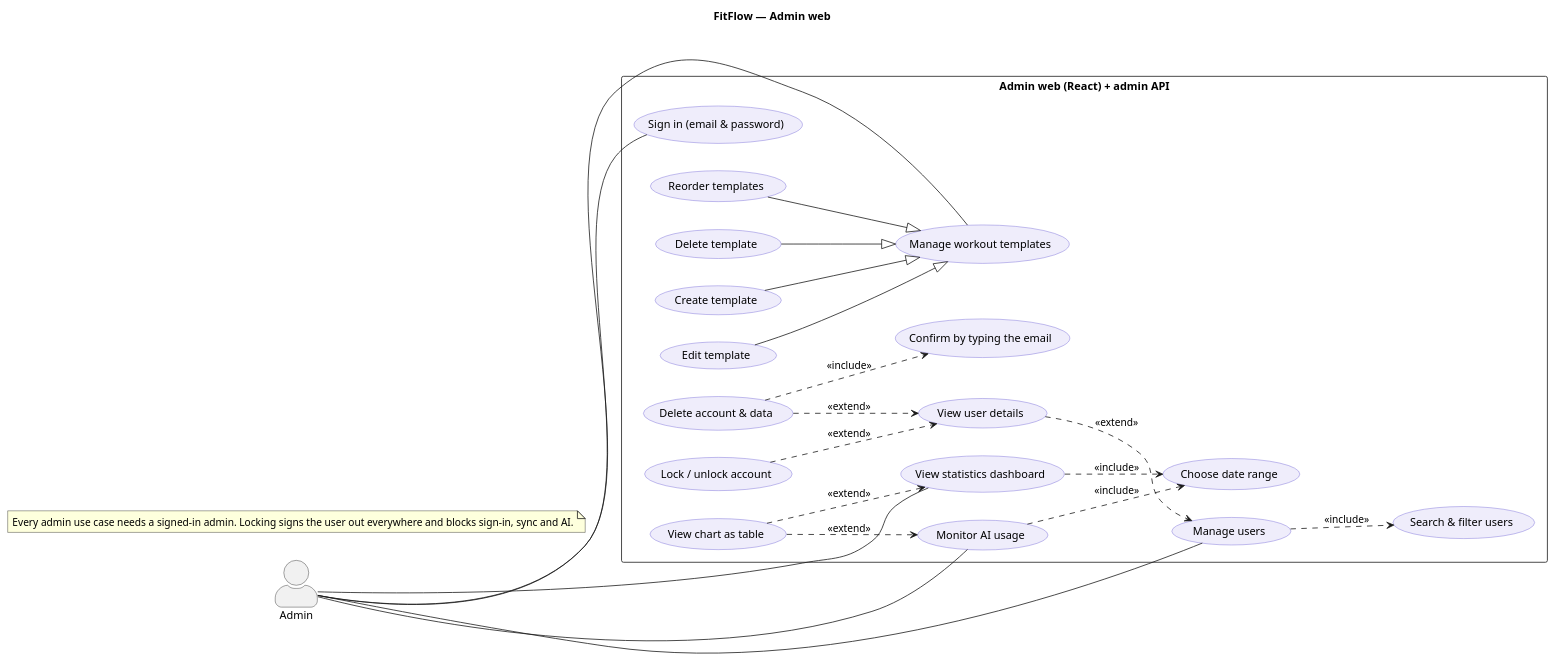
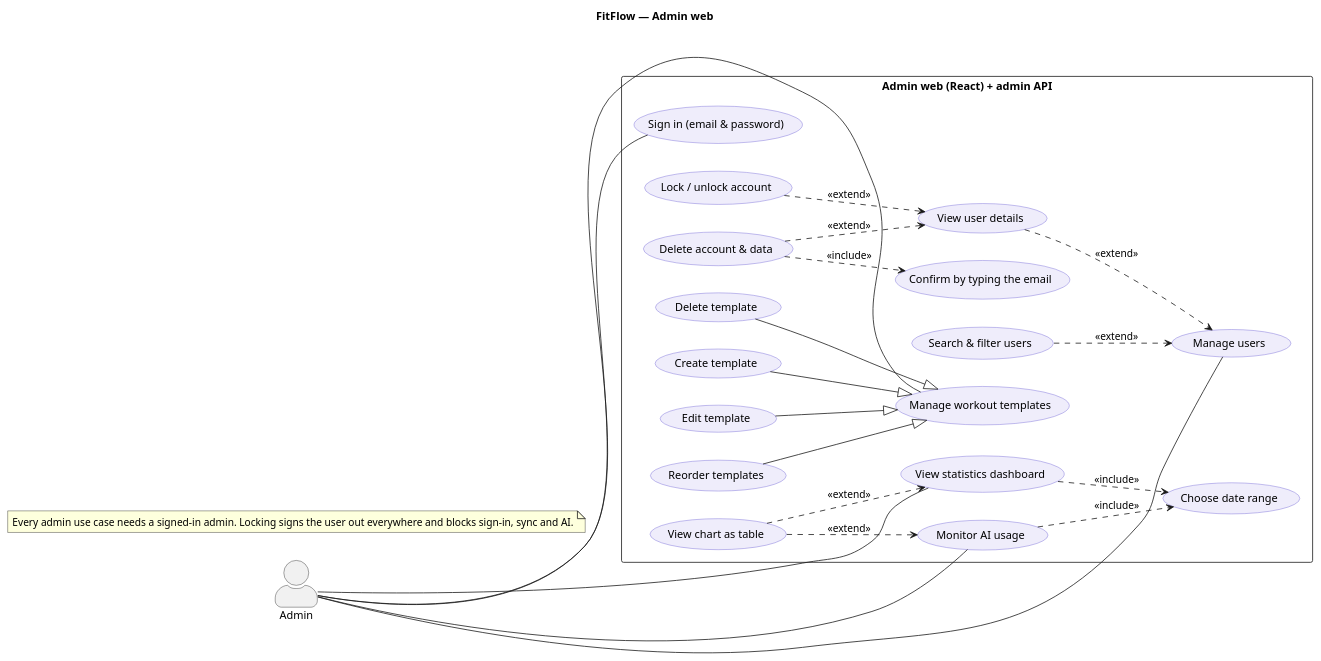
One commit to PRM-393-G5/fitflow changed the seventh of 7 diagrams in docs/usecase.puml. Above: the diagram before and after it, drawn with PlantUML. The commit also changed other lines of this file and 6 other files, not shown here.

First line of the commit message:
Tighten the UML: optional steps extend, a discard path on sign-out

```diff
--- a/docs/usecase.puml
+++ b/docs/usecase.puml
@@ -242,50 +244,50 @@
 @startuml fitflow-usecase-admin-web
 title FitFlow — Admin web
 left to right direction
 skinparam packageStyle rectangle
 skinparam actorStyle awesome
 skinparam usecase {
   BackgroundColor #EFEDFB
   BorderColor #6558D3
 }
 actor "Admin" as admin
 rectangle "Admin web (React) + admin API" {
   usecase "Sign in (email & password)" as d0
   usecase "View statistics dashboard" as d1
   usecase "Monitor AI usage" as d2
   usecase "Manage users" as m1
   usecase "Manage workout templates" as t0
   usecase "View chart as table" as d4
   usecase "Choose date range" as d3
   usecase "Search & filter users" as m2
   usecase "View user details" as m3
   usecase "Lock / unlock account" as m4
   usecase "Delete account & data" as m5
   usecase "Confirm by typing the email" as m6
   usecase "Create template" as t1
   usecase "Edit template" as t2
   usecase "Reorder templates" as t3
   usecase "Delete template" as t4
 }
 admin -- d0
 admin -- d1
 admin -- d2
 admin -- m1
 admin -- t0
 d4 ..> d1 : <<extend>>
 d4 ..> d2 : <<extend>>
 d1 ..> d3 : <<include>>
 d2 ..> d3 : <<include>>
-m1 ..> m2 : <<include>>
+m2 ..> m1 : <<extend>>
 m3 ..> m1 : <<extend>>
 m4 ..> m3 : <<extend>>
 m5 ..> m3 : <<extend>>
 m5 ..> m6 : <<include>>
 t1 --|> t0
 t2 --|> t0
 t3 --|> t0
 t4 --|> t0
 note as n1
   Every admin use case needs a signed-in admin. Locking signs the user out everywhere and blocks sign-in, sync and AI.
 end note
 @enduml
```
